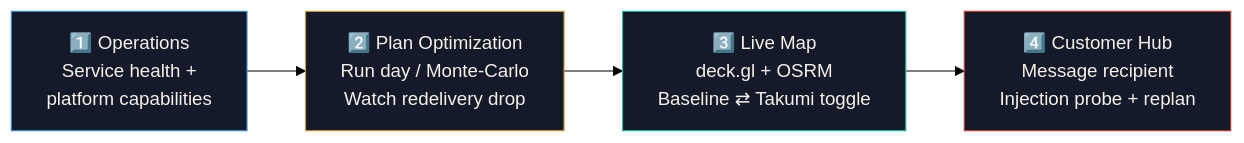
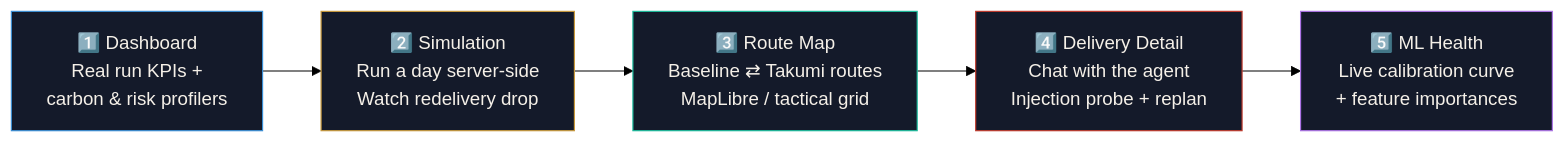
Diagram 12 of 14 in README.md (lobezno16/Takumi), drawn with Mermaid (forest theme) before and after one commit. The commit also changed other lines of this file and 51 other files, not shown here.

````diff
--- a/README.md
+++ b/README.md
@@ -788,11 +790,14 @@
 ```mermaid
 graph LR
-    S1["1️⃣ Operations<br/>Service health +<br/>platform capabilities"] --> S2["2️⃣ Plan Optimization<br/>Run day / Monte-Carlo<br/>Watch redelivery drop"]
-    S2 --> S3["3️⃣ Live Map<br/>deck.gl + OSRM<br/>Baseline ⇄ Takumi toggle"]
-    S3 --> S4["4️⃣ Customer Hub<br/>Message recipient<br/>Injection probe + replan"]
+    S1["1️⃣ Dashboard<br/>Real run KPIs +<br/>carbon & risk profilers"] --> S2["2️⃣ Simulation<br/>Run a day server-side<br/>Watch redelivery drop"]
+    S2 --> S3["3️⃣ Route Map<br/>Baseline ⇄ Takumi routes<br/>MapLibre / tactical grid"]
+    S3 --> S4["4️⃣ Delivery Detail<br/>Chat with the agent<br/>Injection probe + replan"]
+    S4 --> S5["5️⃣ ML Health<br/>Live calibration curve<br/>+ feature importances"]
+
+    style S5 fill:#141a2a,stroke:#AC73E6,color:#f5f0e8
 
     style S1 fill:#141a2a,stroke:#3a8fd6,color:#f5f0e8
     style S2 fill:#141a2a,stroke:#c99a3c,color:#f5f0e8
     style S3 fill:#141a2a,stroke:#1abc9c,color:#f5f0e8
     style S4 fill:#141a2a,stroke:#c0392b,color:#f5f0e8
 ```
````
